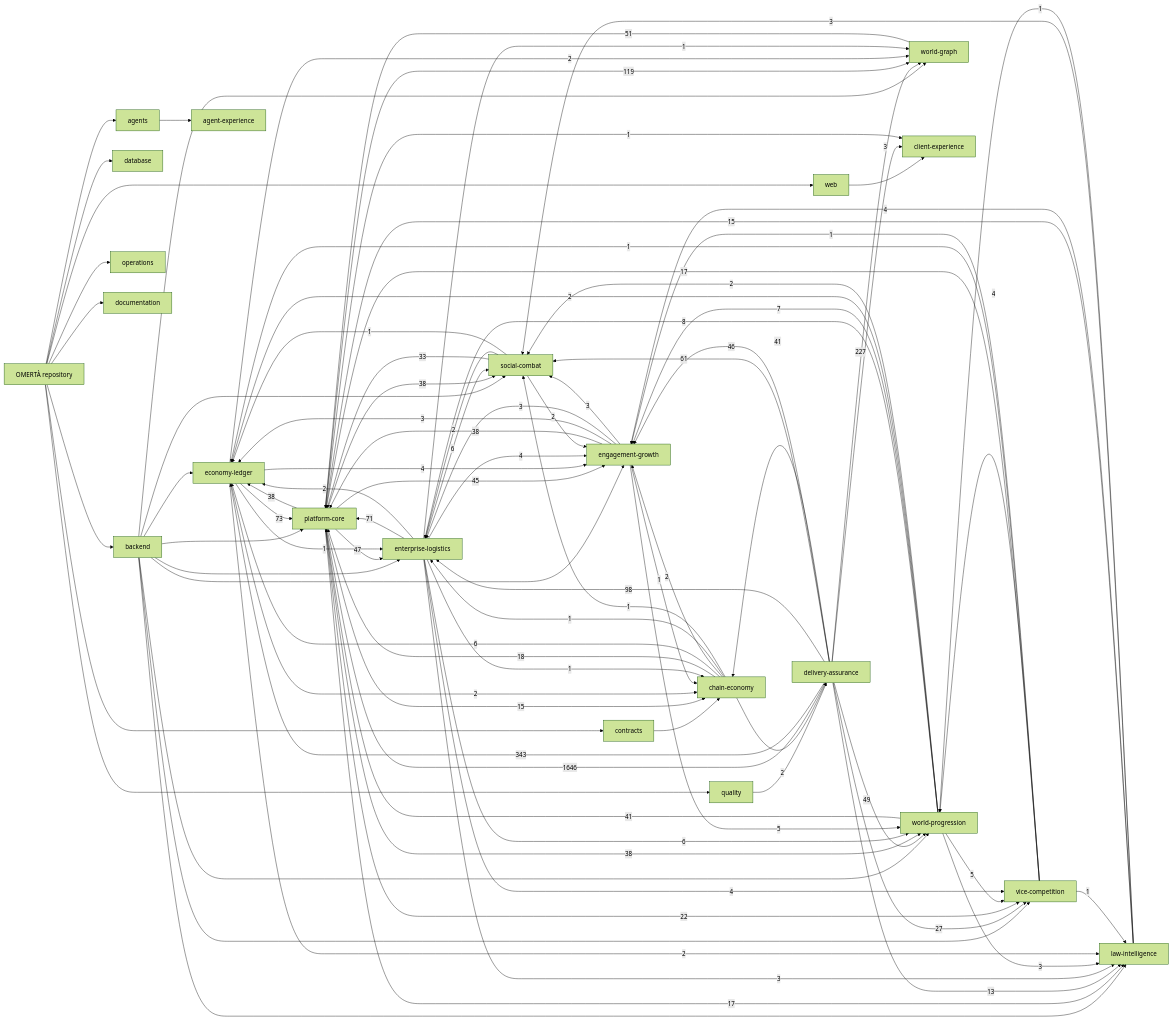
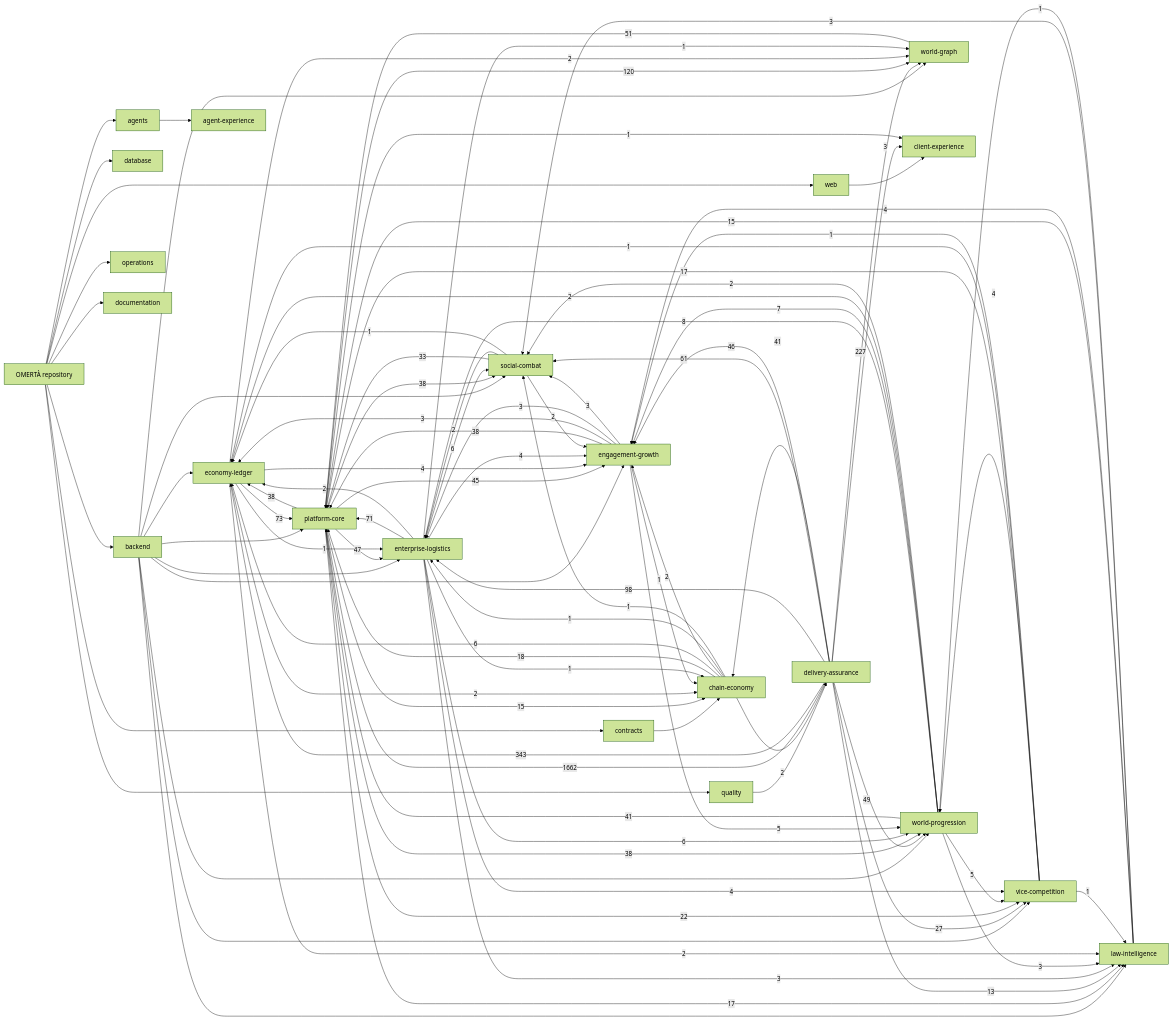
One commit to OmertaDev/Omerta changed the diagram in knowledge/generated/graph.mmd. Above: the diagram before and after it, drawn with Mermaid (forest theme). The commit also changed 9 other files, not shown here.

```diff
--- a/knowledge/generated/graph.mmd
+++ b/knowledge/generated/graph.mmd
@@ -1,113 +1,113 @@
 flowchart LR
   repo["OMERTÀ repository"]
   sub_backend["backend"]
   repo --> sub_backend
   sub_database["database"]
   repo --> sub_database
   sub_web["web"]
   repo --> sub_web
   sub_contracts["contracts"]
   repo --> sub_contracts
   sub_agents["agents"]
   repo --> sub_agents
   sub_quality["quality"]
   repo --> sub_quality
   sub_operations["operations"]
   repo --> sub_operations
   sub_documentation["documentation"]
   repo --> sub_documentation
   dom_platform-core["platform-core"]
   dom_economy-ledger["economy-ledger"]
   dom_social-combat["social-combat"]
   dom_world-progression["world-progression"]
   dom_world-graph["world-graph"]
   dom_enterprise-logistics["enterprise-logistics"]
   dom_vice-competition["vice-competition"]
   dom_law-intelligence["law-intelligence"]
   dom_chain-economy["chain-economy"]
   dom_engagement-growth["engagement-growth"]
   dom_client-experience["client-experience"]
   dom_agent-experience["agent-experience"]
   dom_delivery-assurance["delivery-assurance"]
   sub_agents --> dom_agent-experience
   sub_backend --> dom_economy-ledger
   sub_backend --> dom_engagement-growth
   sub_backend --> dom_enterprise-logistics
   sub_backend --> dom_law-intelligence
   sub_backend --> dom_platform-core
   sub_backend --> dom_social-combat
   sub_backend --> dom_vice-competition
   sub_backend --> dom_world-graph
   sub_backend --> dom_world-progression
   sub_contracts --> dom_chain-economy
   sub_quality --> dom_delivery-assurance
   sub_web --> dom_client-experience
-  dom_delivery-assurance -->|1646| dom_platform-core
+  dom_delivery-assurance -->|1662| dom_platform-core
   dom_delivery-assurance -->|343| dom_economy-ledger
   dom_delivery-assurance -->|227| dom_world-graph
-  dom_platform-core -->|119| dom_world-graph
+  dom_platform-core -->|120| dom_world-graph
   dom_delivery-assurance -->|98| dom_enterprise-logistics
   dom_economy-ledger -->|73| dom_platform-core
   dom_enterprise-logistics -->|71| dom_platform-core
   dom_delivery-assurance -->|61| dom_social-combat
   dom_world-graph -->|51| dom_platform-core
   dom_delivery-assurance -->|49| dom_world-progression
   dom_platform-core -->|47| dom_enterprise-logistics
   dom_delivery-assurance -->|46| dom_engagement-growth
   dom_platform-core -->|45| dom_engagement-growth
   dom_delivery-assurance -->|41| dom_chain-economy
   dom_world-progression -->|41| dom_platform-core
   dom_engagement-growth -->|38| dom_platform-core
   dom_platform-core -->|38| dom_economy-ledger
   dom_platform-core -->|38| dom_social-combat
   dom_platform-core -->|38| dom_world-progression
   dom_social-combat -->|33| dom_platform-core
   dom_delivery-assurance -->|27| dom_vice-competition
   dom_platform-core -->|22| dom_vice-competition
   dom_chain-economy -->|18| dom_platform-core
   dom_platform-core -->|17| dom_law-intelligence
   dom_vice-competition -->|17| dom_platform-core
   dom_law-intelligence -->|15| dom_platform-core
   dom_platform-core -->|15| dom_chain-economy
   dom_delivery-assurance -->|13| dom_law-intelligence
   dom_world-progression -->|8| dom_enterprise-logistics
   dom_world-progression -->|7| dom_engagement-growth
   dom_chain-economy -->|6| dom_economy-ledger
   dom_enterprise-logistics -->|6| dom_social-combat
   dom_enterprise-logistics -->|6| dom_world-progression
   dom_engagement-growth -->|5| dom_world-progression
   dom_world-progression -->|5| dom_vice-competition
   dom_economy-ledger -->|4| dom_engagement-growth
   dom_enterprise-logistics -->|4| dom_engagement-growth
   dom_enterprise-logistics -->|4| dom_vice-competition
   dom_law-intelligence -->|4| dom_engagement-growth
   dom_vice-competition -->|4| dom_world-progression
   dom_delivery-assurance -->|3| dom_client-experience
   dom_engagement-growth -->|3| dom_economy-ledger
   dom_engagement-growth -->|3| dom_enterprise-logistics
   dom_engagement-growth -->|3| dom_social-combat
   dom_enterprise-logistics -->|3| dom_law-intelligence
   dom_law-intelligence -->|3| dom_social-combat
   dom_world-progression -->|3| dom_law-intelligence
   dom_chain-economy -->|2| dom_delivery-assurance
   dom_chain-economy -->|2| dom_engagement-growth
   dom_economy-ledger -->|2| dom_chain-economy
   dom_economy-ledger -->|2| dom_law-intelligence
   dom_economy-ledger -->|2| dom_world-graph
   dom_enterprise-logistics -->|2| dom_economy-ledger
   dom_social-combat -->|2| dom_engagement-growth
   dom_social-combat -->|2| dom_enterprise-logistics
   dom_world-progression -->|2| dom_economy-ledger
   dom_world-progression -->|2| dom_social-combat
   dom_chain-economy -->|1| dom_enterprise-logistics
   dom_chain-economy -->|1| dom_social-combat
   dom_economy-ledger -->|1| dom_enterprise-logistics
   dom_engagement-growth -->|1| dom_chain-economy
   dom_enterprise-logistics -->|1| dom_chain-economy
   dom_enterprise-logistics -->|1| dom_world-graph
   dom_law-intelligence -->|1| dom_world-progression
   dom_platform-core -->|1| dom_client-experience
   dom_social-combat -->|1| dom_economy-ledger
   dom_vice-competition -->|1| dom_economy-ledger
   dom_vice-competition -->|1| dom_engagement-growth
   dom_vice-competition -->|1| dom_law-intelligence
```
